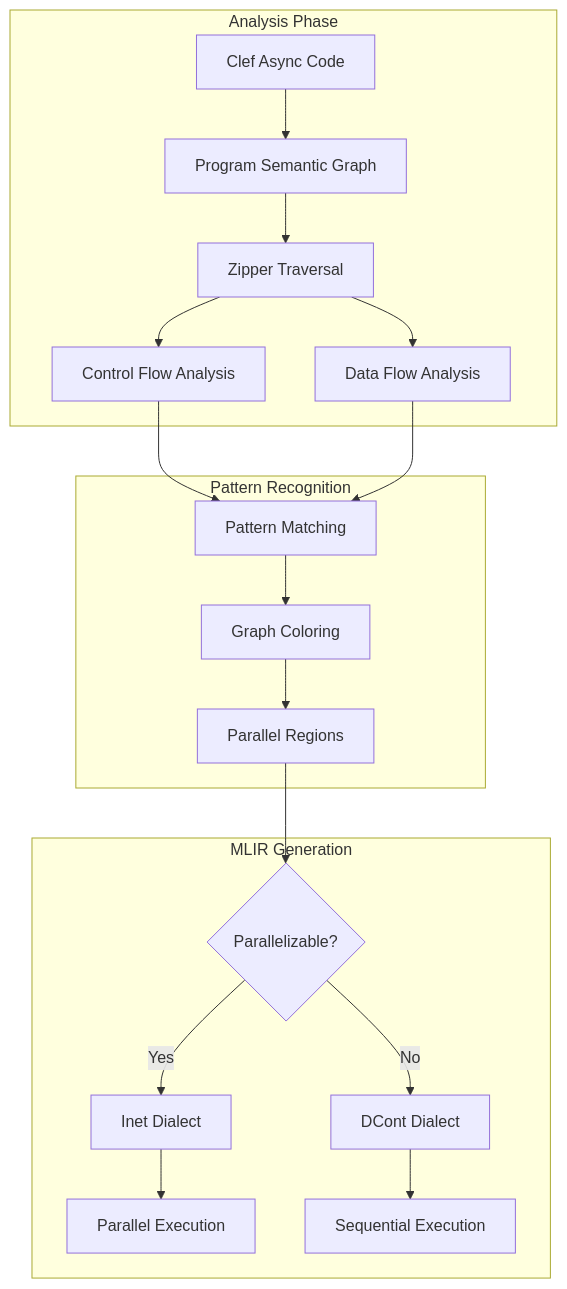
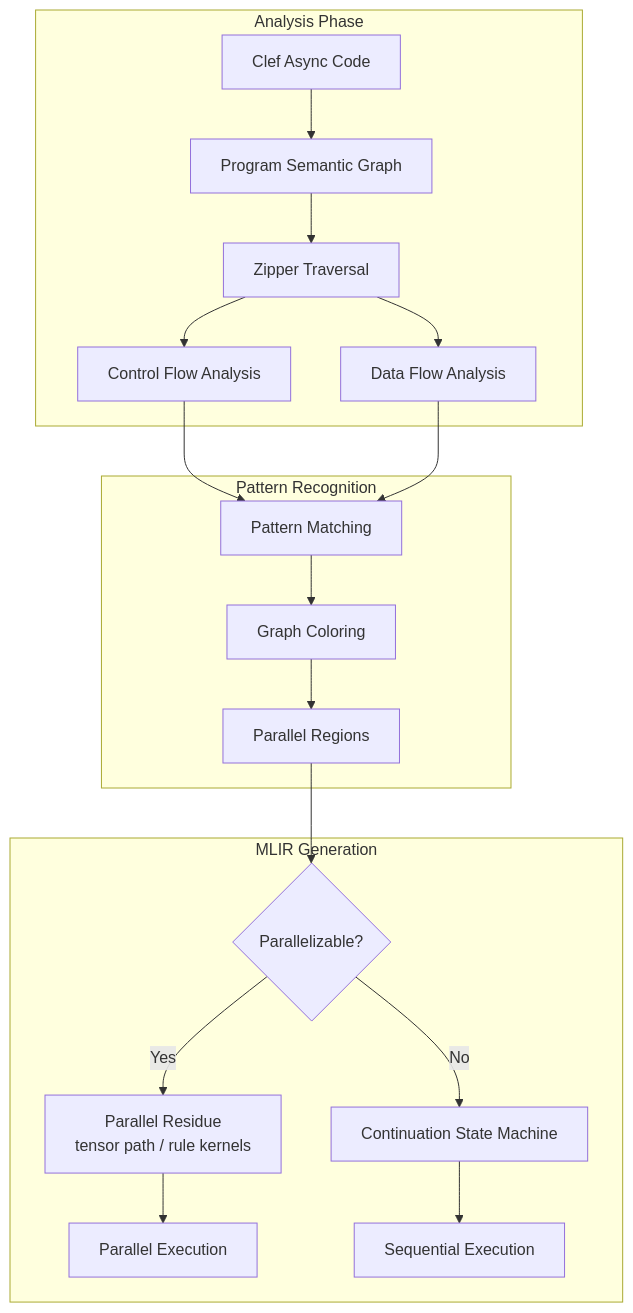
Before and after one commit to FidelityFramework/clef-lang-site: the diagram in hugo/content/docs/internals/pipeline/speed-and-safety-with-graph-coloring.md, drawn with Mermaid. The commit also changed other lines of this file and 18 other files, not shown here.

Commit message:
docs(corpus): sweep DCont/INet vestiges, ground annotation discipline, de-stamp Z3

````diff
--- a/hugo/content/docs/internals/pipeline/speed-and-safety-with-graph-coloring.md
+++ b/hugo/content/docs/internals/pipeline/speed-and-safety-with-graph-coloring.md
@@ -277,24 +269,24 @@
 ```mermaid
 graph TD
     subgraph "Analysis Phase"
         F[Clef Async Code] --> PSG[Program Semantic Graph]
         PSG --> ZIP[Zipper Traversal]
         ZIP --> CFG[Control Flow Analysis]
         ZIP --> DFG[Data Flow Analysis]
     end
 
     subgraph "Pattern Recognition"
         CFG --> PAT[Pattern Matching]
         DFG --> PAT
         PAT --> COL[Graph Coloring]
         COL --> REG[Parallel Regions]
     end
 
     subgraph "MLIR Generation"
         REG --> DEC{Parallelizable?}
-        DEC -->|Yes| INET[Inet Dialect]
-        DEC -->|No| DCONT[DCont Dialect]
-        INET --> OPT[Parallel Execution]
-        DCONT --> SEQ[Sequential Execution]
+        DEC -->|Yes| PAR[Parallel Residue<br>tensor path / rule kernels]
+        DEC -->|No| SM[Continuation State Machine]
+        PAR --> OPT[Parallel Execution]
+        SM --> SEQ[Sequential Execution]
     end
 ```
````
